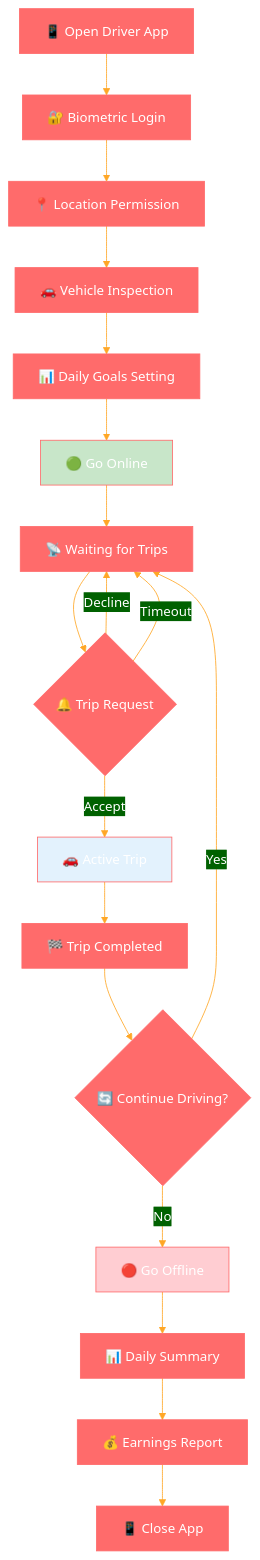
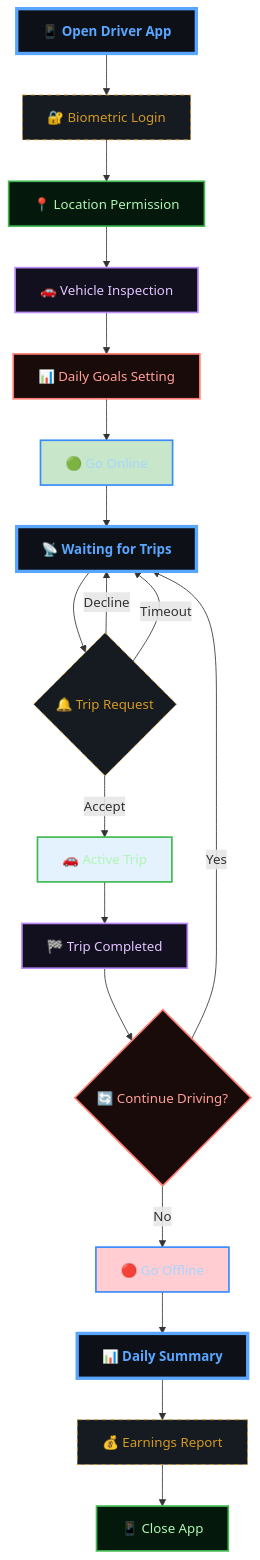
One commit to abdoElHodaky/transportapp changed the fifth of 20 diagrams in docs/user-journeys/driver-flow.md. Above: the diagram before and after it, drawn with Mermaid. The commit also changed other lines of this file and 9 other files, not shown here.

````diff
--- a/docs/user-journeys/driver-flow.md
+++ b/docs/user-journeys/driver-flow.md
@@ -181,28 +303,65 @@
 ```mermaid
-%%{init: {'theme':'base', 'themeVariables': {'primaryColor':'#ff6b6b','primaryTextColor':'#fff','primaryBorderColor':'#ff6b6b','lineColor':'#ffa726','sectionBkgColor':'#ff6b6b','altSectionBkgColor':'#fff','gridColor':'#fff','secondaryColor':'#006100','tertiaryColor':'#fff'}}}%%
 flowchart TD
     A[📱 Open Driver App] --> B[🔐 Biometric Login]
     B --> C[📍 Location Permission]
     C --> D[🚗 Vehicle Inspection]
     D --> E[📊 Daily Goals Setting]
     E --> F[🟢 Go Online]
     F --> G[📡 Waiting for Trips]
     
     G --> H{🔔 Trip Request}
     H -->|Accept| I[🚗 Active Trip]
     H -->|Decline| G
     H -->|Timeout| G
     
     I --> J[🏁 Trip Completed]
     J --> K{🔄 Continue Driving?}
     K -->|Yes| G
     K -->|No| L[🔴 Go Offline]
     
     L --> M[📊 Daily Summary]
     M --> N[💰 Earnings Report]
     N --> O[📱 Close App]
     
     style F fill:#c8e6c9
     style I fill:#e3f2fd
     style L fill:#ffcdd2
+
+    %% --- DARK GRADIENT & GLOW STYLING ---
+    
+    %% Main Dashboard (Neon Cyan/Blue)
+    classDef main fill:#0d1117,stroke:#58a6ff,stroke-width:4px,color:#58a6ff,font-weight:bold;
+    
+    %% Decision Diamond (Gold Glow)
+    classDef decision fill:#161b22,stroke:#d29922,color:#d29922,stroke-dasharray: 5 5;
+    
+    %% Revenue (Emerald Gradient Style)
+    classDef revNode fill:#04190b,stroke:#3fb950,color:#aff5b4,stroke-width:2px;
+    
+    %% Commission (Purple Gradient Style)
+    classDef commNode fill:#12101e,stroke:#bc8cff,color:#e2c5ff,stroke-width:2px;
+    
+    %% Refund (Ruby Gradient Style)
+    classDef refNode fill:#1a0b0b,stroke:#ff7b72,color:#ffa198,stroke-width:2px;
+    
+    %% Earnings (Sapphire Gradient Style)
+    classDef earnNode fill:#051221,stroke:#388bfd,color:#a5d6ff,stroke-width:2px;
+
+    class A main;
+    class B decision;
+    class C revNode;
+    class D commNode;
+    class E refNode;
+    class F earnNode;
+    class G main;
+    class H decision;
+    class I revNode;
+    class J commNode;
+    class K refNode;
+    class L earnNode;
+    class M main;
+    class N decision;
+    class O revNode;
+    class T commNode;
+    class Y refNode;
 ```
````
